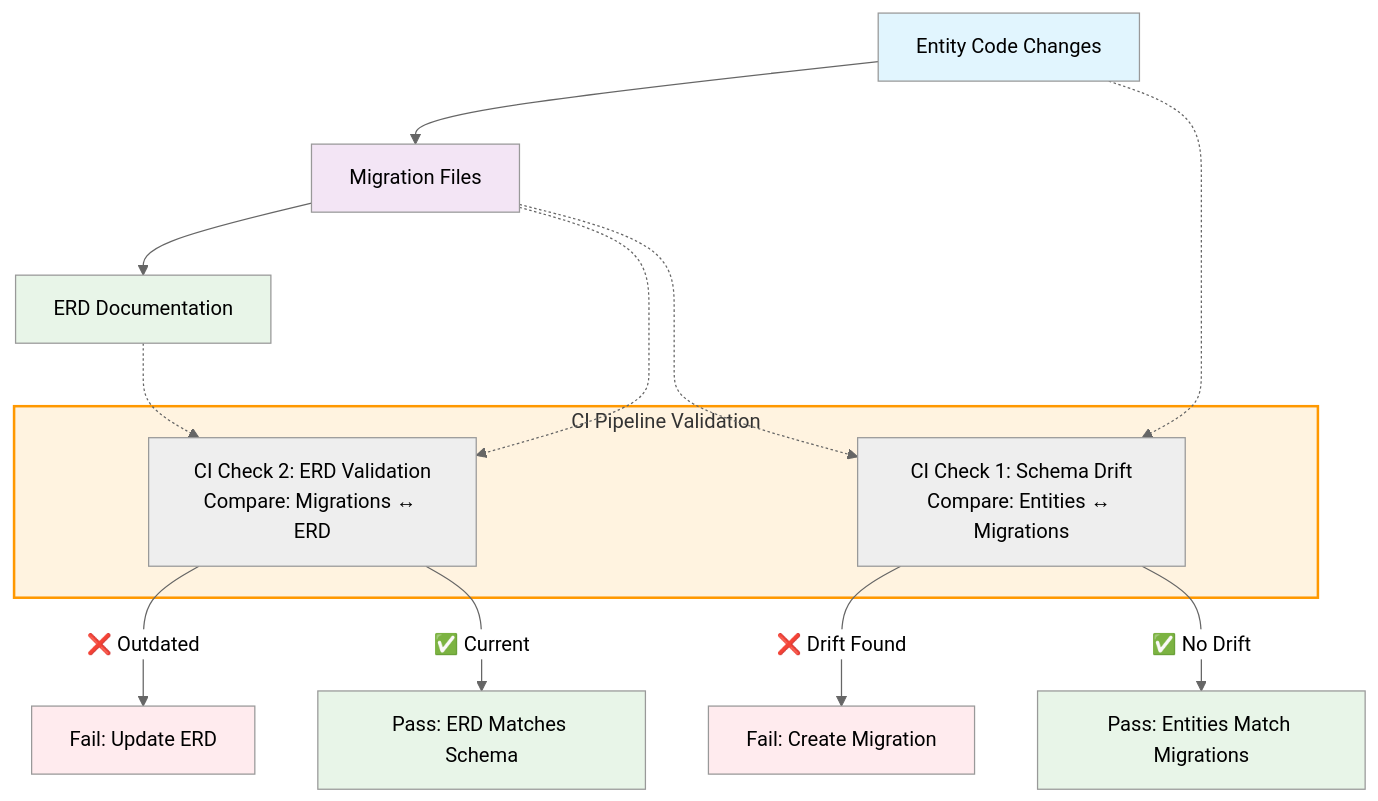
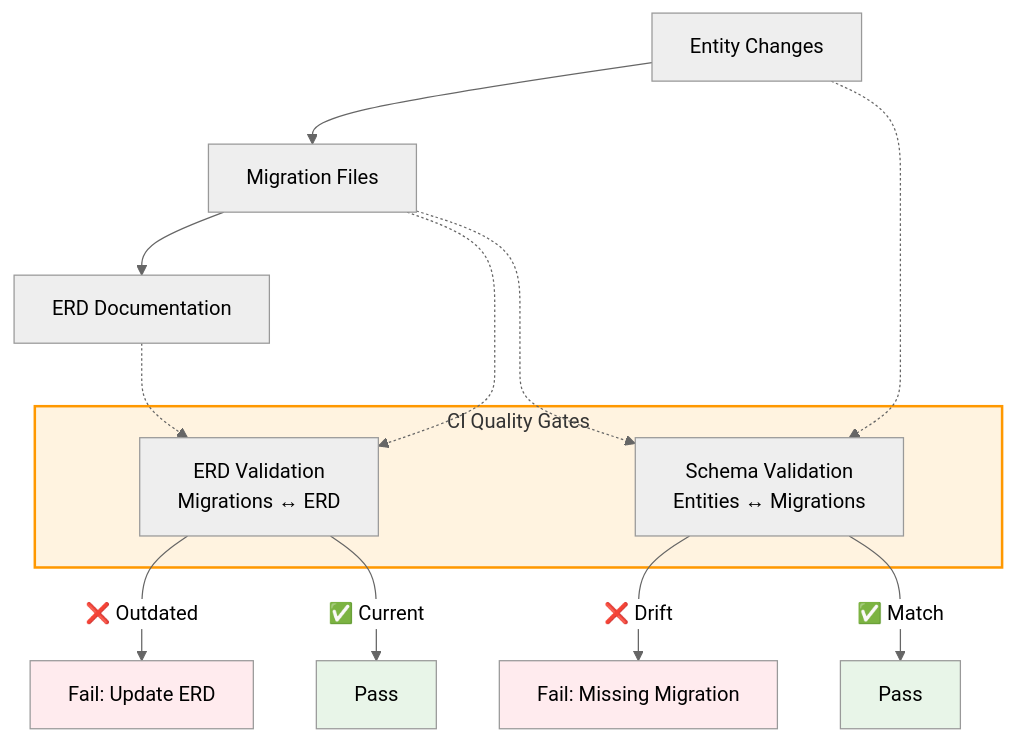
The diagram in docs/dev/database/migration.md (ls1intum/Hephaestus), drawn with Mermaid (neutral theme) before and after one commit. The commit also changed other lines of this file, not shown here.

Commit message:
fix: improve formatting and clarity in database migration documentation

````diff
--- a/docs/dev/database/migration.md
+++ b/docs/dev/database/migration.md
@@ -219,30 +118,26 @@
 ```mermaid
 flowchart TD
-    A[Entity Code Changes] --> B[Migration Files]
+    A[Entity Changes] --> B[Migration Files]
     B --> C[ERD Documentation]
     
-    subgraph CI_Validation ["CI Pipeline Validation"]
-        D["CI Check 1: Schema Drift<br/>Compare: Entities ↔ Migrations"]
-        E["CI Check 2: ERD Validation<br/>Compare: Migrations ↔ ERD"]
+    subgraph CI ["CI Quality Gates"]
+        D[Schema Validation<br/>Entities ↔ Migrations]
+        E[ERD Validation<br/>Migrations ↔ ERD]
     end
     
     A -.-> D
     B -.-> D
     B -.-> E  
     C -.-> E
     
-    D -->|❌ Drift Found| F[Fail: Create Migration]
-    D -->|✅ No Drift| G[Pass: Entities Match Migrations]
+    D -->|❌ Drift| F[Fail: Missing Migration]
+    D -->|✅ Match| G[Pass]
+    E -->|❌ Outdated| H[Fail: Update ERD]
+    E -->|✅ Current| I[Pass]
     
-    E -->|❌ Outdated| H[Fail: Update ERD]
-    E -->|✅ Current| I[Pass: ERD Matches Schema]
-    
-    style A fill:#e1f5fe
-    style B fill:#f3e5f5  
-    style C fill:#e8f5e8
-    style CI_Validation fill:#fff3e0,stroke:#ff9800,stroke-width:2px
+    style CI fill:#fff3e0,stroke:#ff9800,stroke-width:2px
     style F fill:#ffebee
     style H fill:#ffebee
     style G fill:#e8f5e8
     style I fill:#e8f5e8
 ```
````
